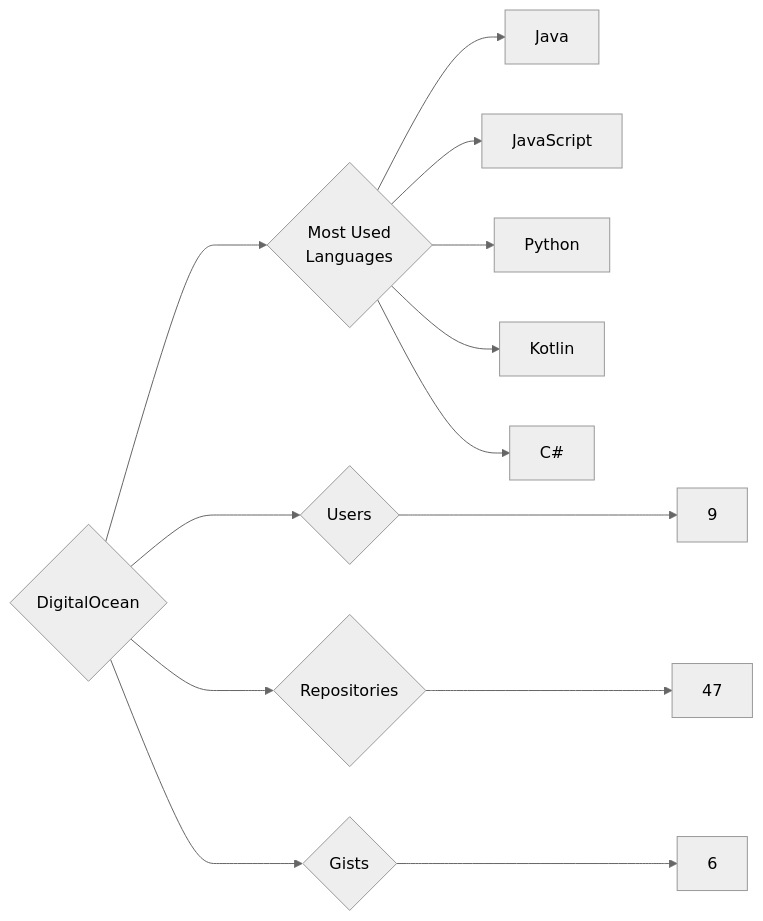
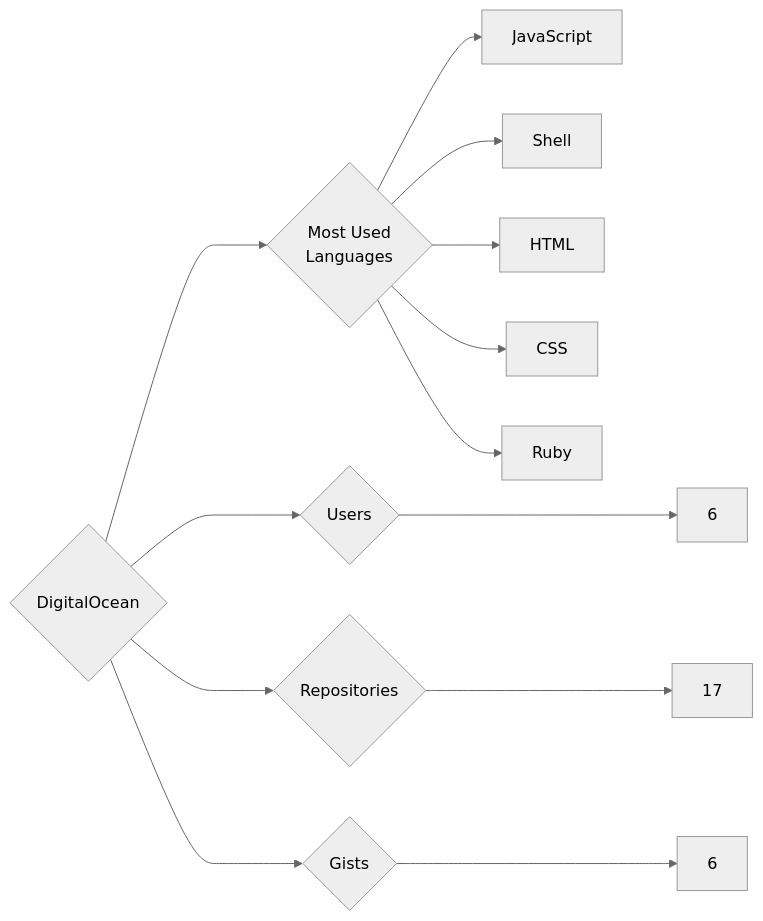
Before and after one commit to trickest/insiders: the diagram in targets/DigitalOcean/README.md, drawn with Mermaid (neutral theme). The commit also changed 1175 other files, not shown here.

````diff
--- a/targets/DigitalOcean/README.md
+++ b/targets/DigitalOcean/README.md
@@ -3,13 +3,13 @@
 ```mermaid
 graph LR
 COMPANY_NAME{DigitalOcean}
-COMPANY_NAME ---> U{Users} ---> UN[9]
-COMPANY_NAME ---> R{Repositories} ---> RN[47]
+COMPANY_NAME ---> U{Users} ---> UN[6]
+COMPANY_NAME ---> R{Repositories} ---> RN[17]
 COMPANY_NAME ---> G{Gists} ---> GN[6]
 COMPANY_NAME ---> ML{Most Used<br>Languages}
-ML --> Java[Java]
 ML --> JavaScript[JavaScript]
-ML --> Python[Python]
-ML --> Kotlin[Kotlin]
-ML --> C#[C#]
+ML --> Shell[Shell]
+ML --> HTML[HTML]
+ML --> CSS[CSS]
+ML --> Ruby[Ruby]
 ```
````
